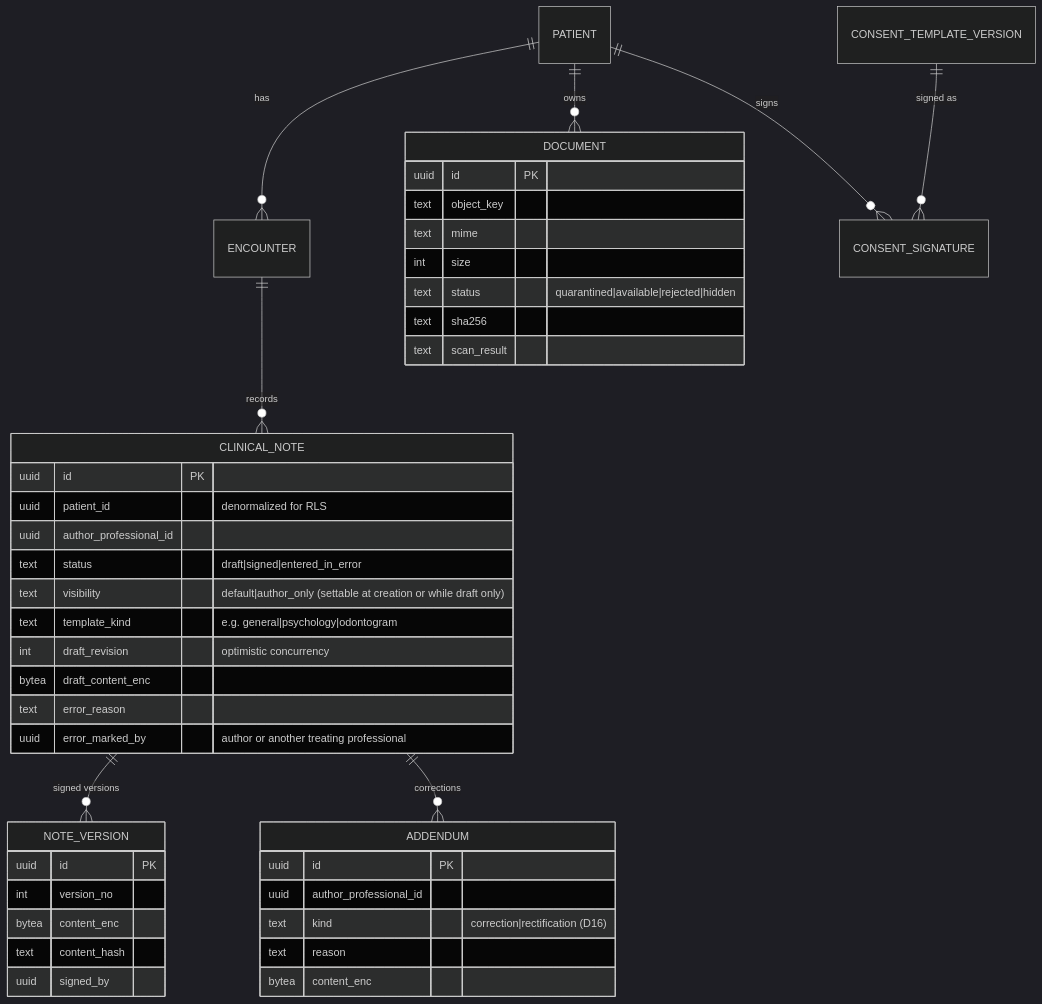
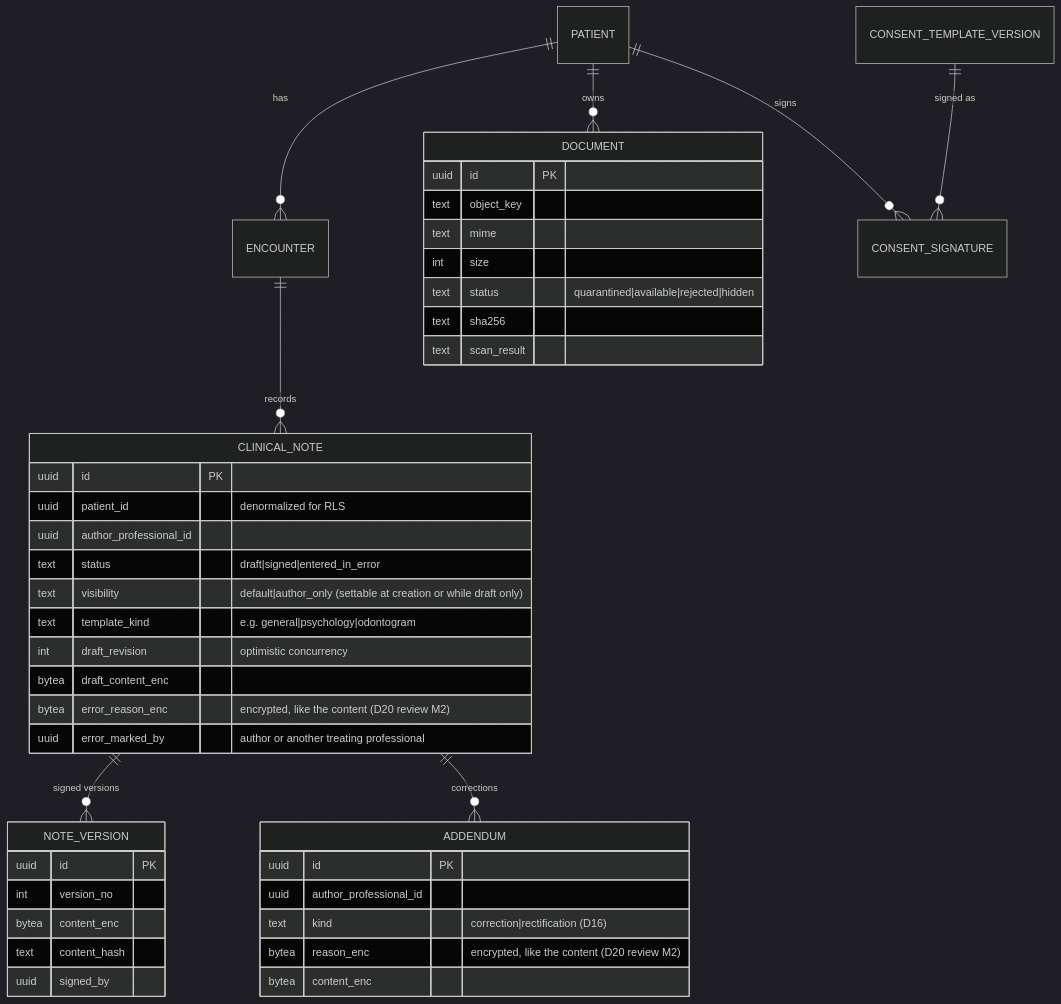
One commit to francocor/consultorio changed the fifth of 12 diagrams in openspec/changes/health-practice-saas/design.md. Above: the diagram before and after it, drawn with Mermaid (dark theme). The commit also changed other lines of this file and 3 other files, not shown here.

````diff
--- a/openspec/changes/health-practice-saas/design.md
+++ b/openspec/changes/health-practice-saas/design.md
@@ -299,45 +299,45 @@
 ```mermaid
 erDiagram
   PATIENT ||--o{ ENCOUNTER : has
   ENCOUNTER ||--o{ CLINICAL_NOTE : records
   CLINICAL_NOTE ||--o{ NOTE_VERSION : "signed versions"
   CLINICAL_NOTE ||--o{ ADDENDUM : "corrections"
   PATIENT ||--o{ DOCUMENT : owns
   CONSENT_TEMPLATE_VERSION ||--o{ CONSENT_SIGNATURE : "signed as"
   PATIENT ||--o{ CONSENT_SIGNATURE : signs
   CLINICAL_NOTE {
     uuid id PK
     uuid patient_id "denormalized for RLS"
     uuid author_professional_id
     text status "draft|signed|entered_in_error"
     text visibility "default|author_only (settable at creation or while draft only)"
     text template_kind "e.g. general|psychology|odontogram"
     int draft_revision "optimistic concurrency"
     bytea draft_content_enc
-    text error_reason
+    bytea error_reason_enc "encrypted, like the content (D20 review M2)"
     uuid error_marked_by "author or another treating professional"
   }
   ADDENDUM {
     uuid id PK
     uuid author_professional_id
     text kind "correction|rectification (D16)"
-    text reason
+    bytea reason_enc "encrypted, like the content (D20 review M2)"
     bytea content_enc
   }
   NOTE_VERSION {
     uuid id PK
     int version_no
     bytea content_enc
     text content_hash
     uuid signed_by
   }
   DOCUMENT {
     uuid id PK
     text object_key
     text mime
     int size
     text status "quarantined|available|rejected|hidden"
     text sha256
     text scan_result
   }
 ```
````
